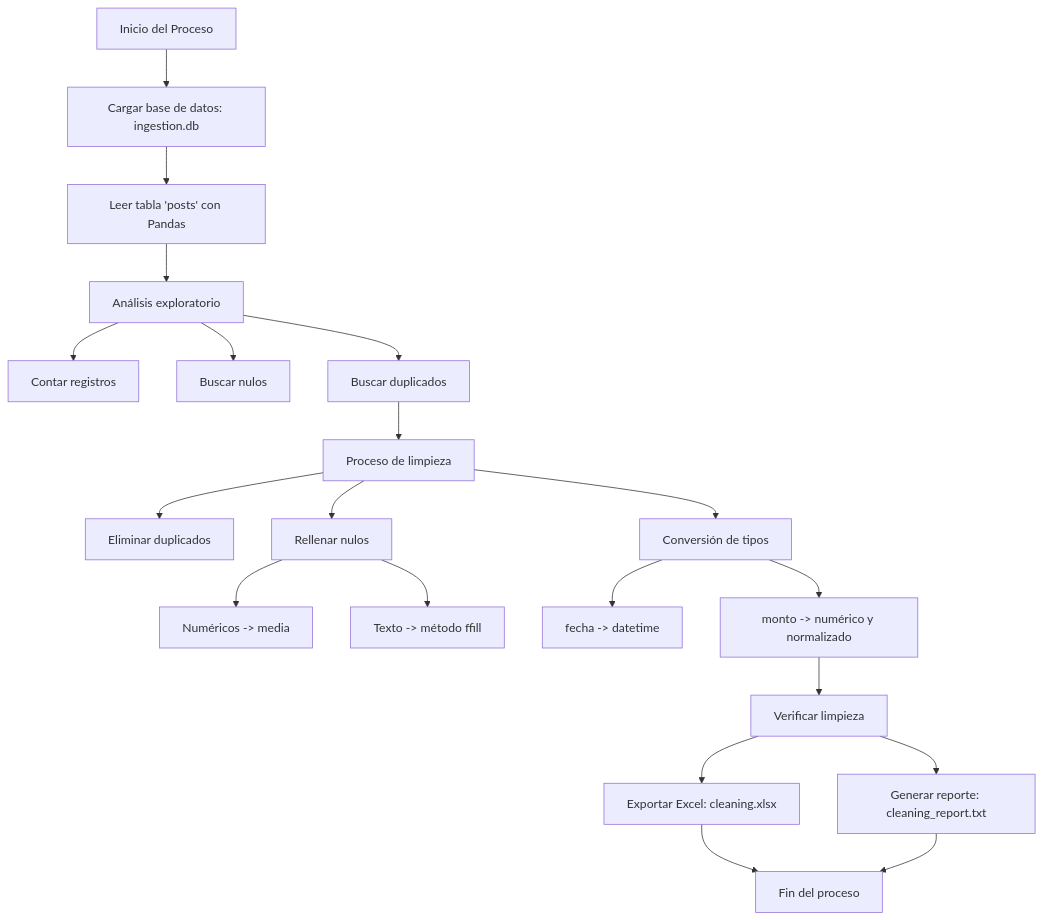
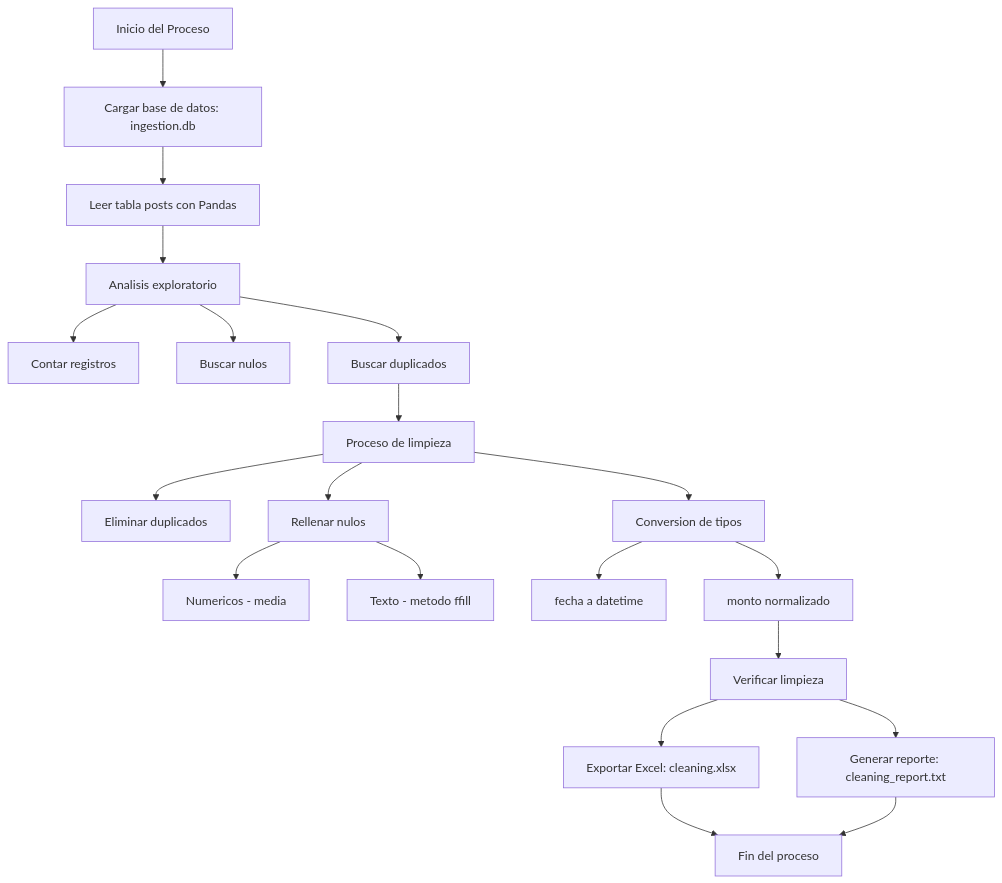
Before and after one commit to JuanesMedCol/bigdata-infrastructure: the diagram in docs/limpieza.md, drawn with Mermaid. The commit also changed 2 other files, not shown here.

Commit message:
revisiones de mermaid

````diff
--- a/docs/limpieza.md
+++ b/docs/limpieza.md
@@ -121,26 +121,25 @@
 ```mermaid
 flowchart TD
     A[Inicio del Proceso] --> B[Cargar base de datos: ingestion.db]
-    B --> C[Leer tabla 'posts' con Pandas]
-    C --> D[Análisis exploratorio]
+    B --> C[Leer tabla posts con Pandas]
+    C --> D[Analisis exploratorio]
     D --> D1[Contar registros]
     D --> D2[Buscar nulos]
     D --> D3[Buscar duplicados]
 
     D3 --> E[Proceso de limpieza]
     E --> E1[Eliminar duplicados]
     E --> E2[Rellenar nulos]
-    E2 --> E2a[Numéricos -> media]
-    E2 --> E2b[Texto -> método ffill]
-    E --> E3[Conversión de tipos]
-    E3 --> E3a[fecha -> datetime]
-    E3 --> E3b[monto -> numérico y normalizado]
+    E2 --> E2a[Numericos - media]
+    E2 --> E2b[Texto - metodo ffill]
+    E --> E3[Conversion de tipos]
+    E3 --> E3a[fecha a datetime]
+    E3 --> E3b[monto normalizado]
 
     E3b --> F[Verificar limpieza]
     F --> G[Exportar Excel: cleaning.xlsx]
     F --> H[Generar reporte: cleaning_report.txt]
 
     G --> I[Fin del proceso]
     H --> I
-
 ```
````
